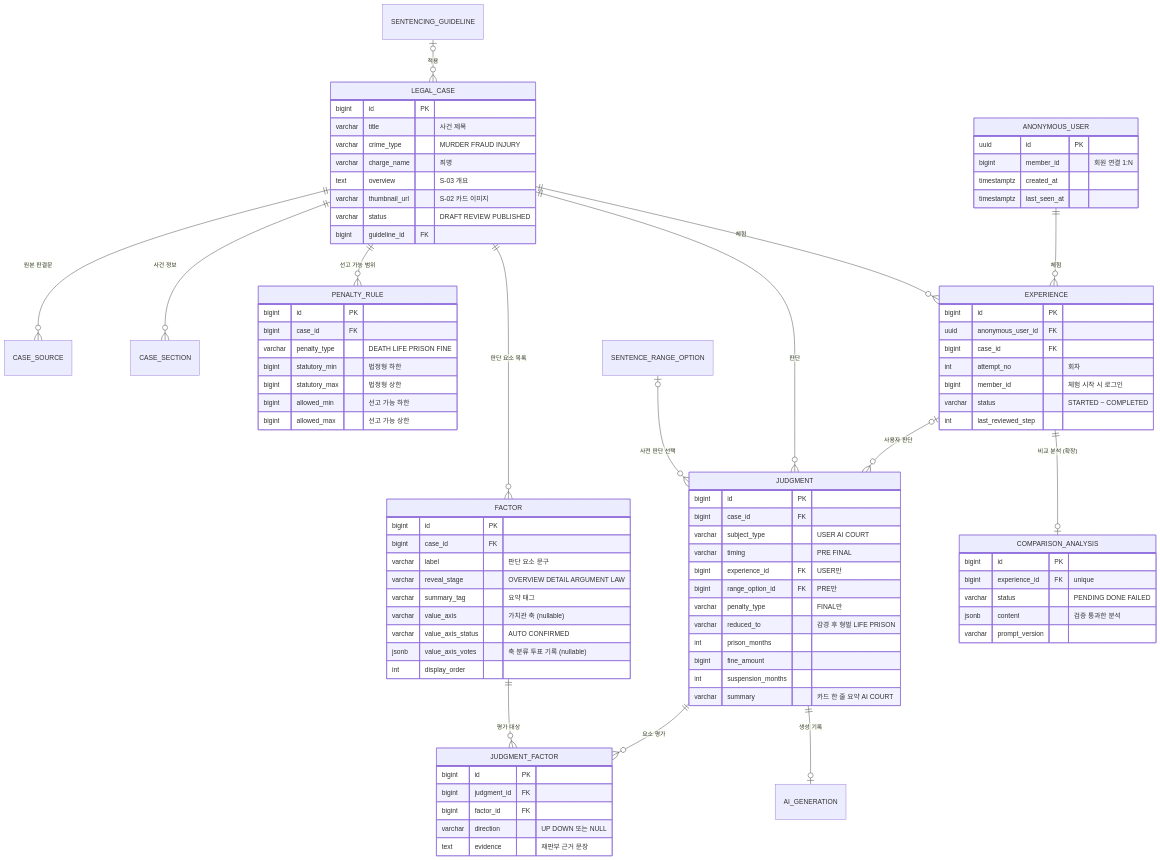
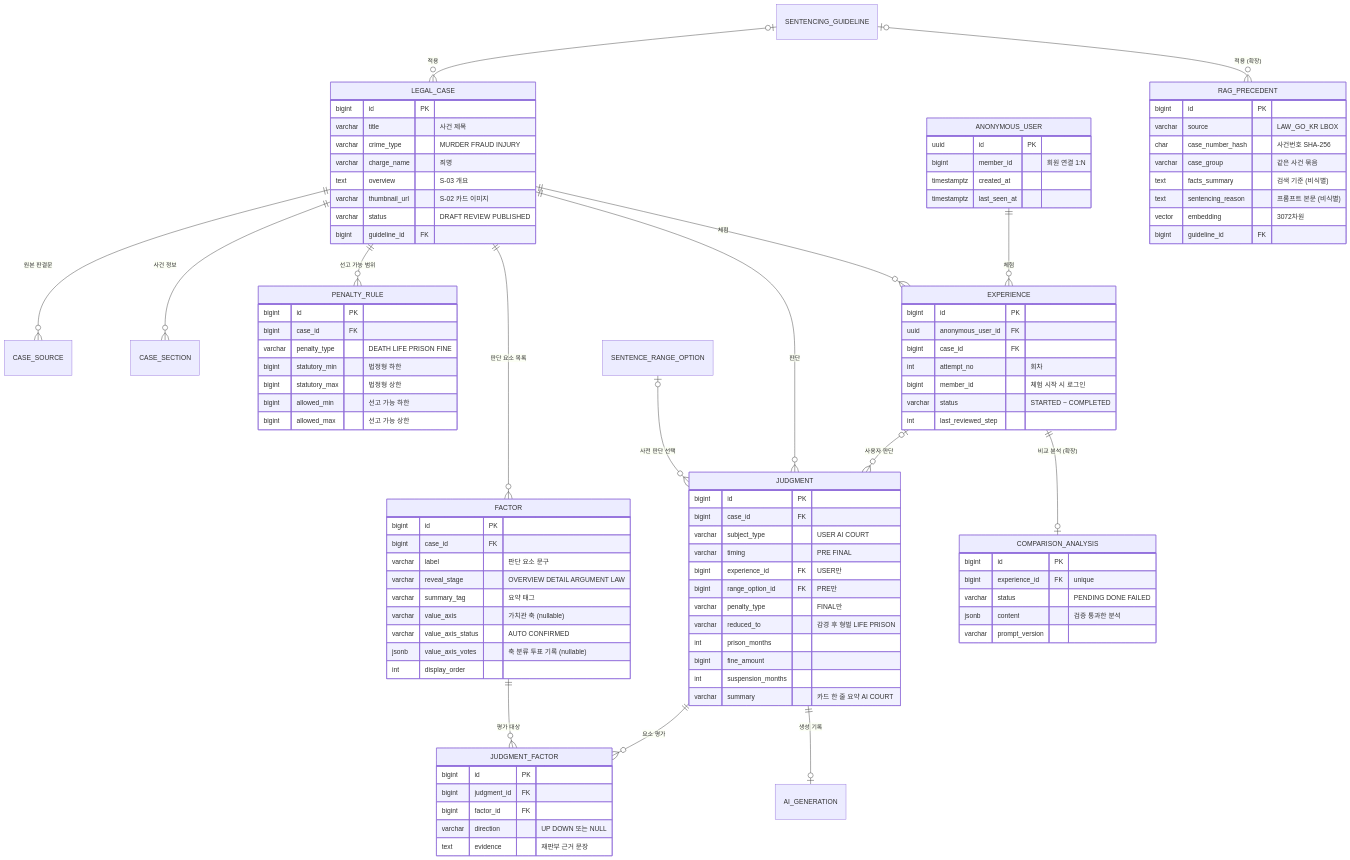
The first of 2 diagrams in docs/erd.md (prgrms-aibe-devcourse/AIBE7_FinalProject_Team2), drawn with Mermaid before and after one commit. The commit also changed other lines of this file and 22 other files, not shown here.

````diff
--- a/docs/erd.md
+++ b/docs/erd.md
@@ -52,6 +53,7 @@
     FACTOR ||--o{ JUDGMENT_FACTOR : "평가 대상"
     JUDGMENT ||--o| AI_GENERATION : "생성 기록"
     EXPERIENCE ||--o| COMPARISON_ANALYSIS : "비교 분석 (확장)"
+    SENTENCING_GUIDELINE |o--o{ RAG_PRECEDENT : "적용 (확장)"
  
     LEGAL_CASE {
         bigint id PK
@@ -126,4 +128,14 @@
         varchar direction "UP DOWN 또는 NULL"
         text evidence "재판부 근거 문장"
     }
+    RAG_PRECEDENT {
+        bigint id PK
+        varchar source "LAW_GO_KR LBOX"
+        char case_number_hash "사건번호 SHA-256"
+        varchar case_group "같은 사건 묶음"
+        text facts_summary "검색 기준 (비식별)"
+        text sentencing_reason "프롬프트 본문 (비식별)"
+        vector embedding "3072차원"
+        bigint guideline_id FK
+    }
 ```
````
